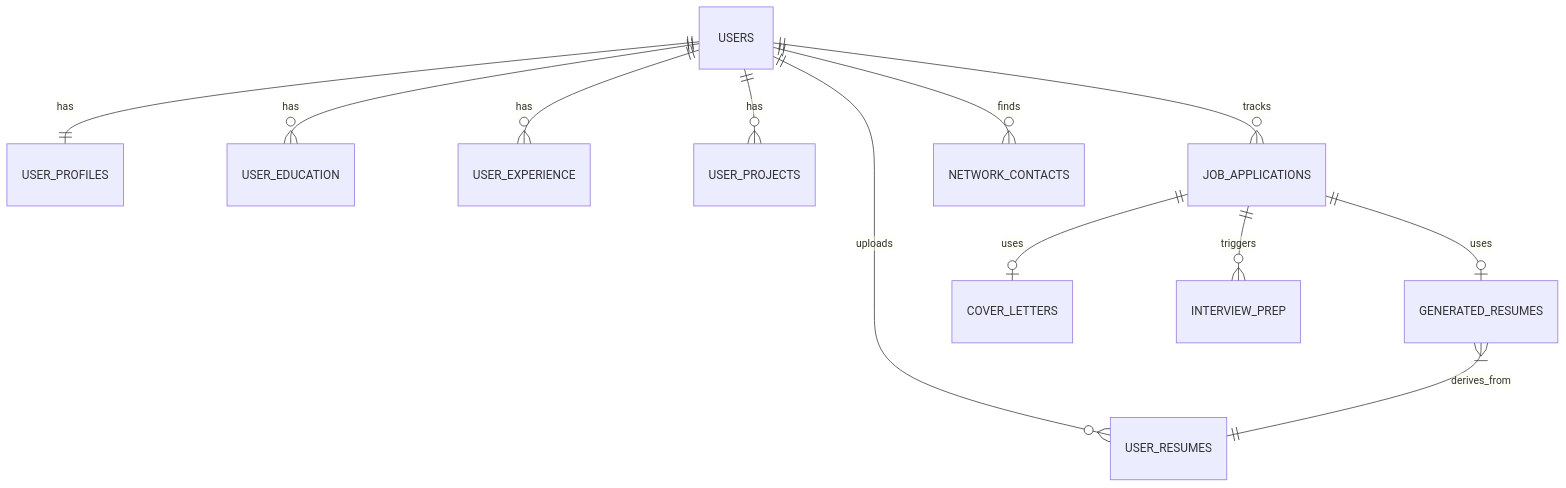
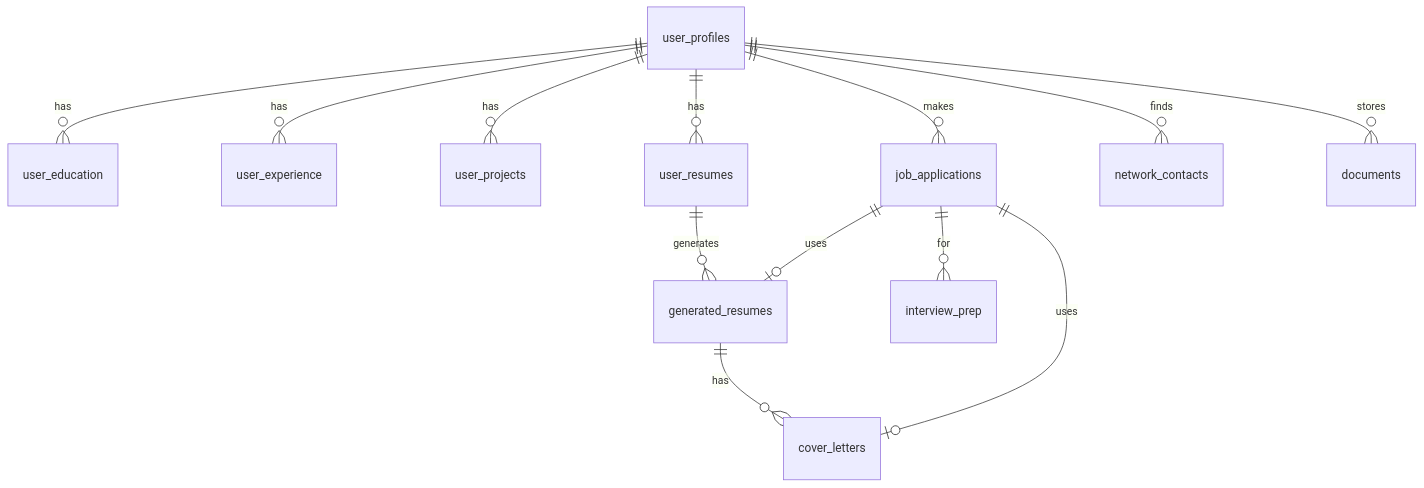
One commit to Harish24-10-2005/JobStream-backend changed the sixth of 6 diagrams in MASTER_ARCHITECTURE.md. Above: the diagram before and after it, drawn with Mermaid. The commit also changed other lines of this file and 67 other files, not shown here.

````diff
--- a/MASTER_ARCHITECTURE.md
+++ b/MASTER_ARCHITECTURE.md
@@ -140,17 +448,15 @@
 ```mermaid
 erDiagram
-    USERS ||--|| USER_PROFILES : has
-    USERS ||--o{ USER_EDUCATION : has
-    USERS ||--o{ USER_EXPERIENCE : has
-    USERS ||--o{ USER_PROJECTS : has
-    USERS ||--o{ USER_RESUMES : uploads
-    
-    USERS ||--o{ JOB_APPLICATIONS : tracks
-    JOB_APPLICATIONS ||--o| GENERATED_RESUMES : uses
-    JOB_APPLICATIONS ||--o| COVER_LETTERS : uses
-    
-    GENERATED_RESUMES }|--|| USER_RESUMES : derives_from
-    
-    USERS ||--o{ NETWORK_CONTACTS : finds
-    JOB_APPLICATIONS ||--o{ INTERVIEW_PREP : triggers
+    user_profiles ||--o{ user_education : has
+    user_profiles ||--o{ user_experience : has
+    user_profiles ||--o{ user_projects : has
+    user_profiles ||--o{ user_resumes : has
+    user_profiles ||--o{ job_applications : makes
+    user_profiles ||--o{ network_contacts : finds
+    user_profiles ||--o{ documents : stores
+    user_resumes ||--o{ generated_resumes : generates
+    generated_resumes ||--o{ cover_letters : has
+    job_applications ||--o| generated_resumes : uses
+    job_applications ||--o| cover_letters : uses
+    job_applications ||--o{ interview_prep : for
 ```
````
